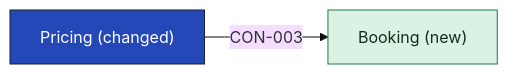
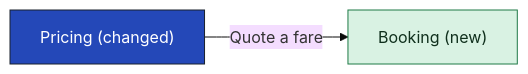
The first of 2 diagrams in examples/unified-booking/05-building-blocks/pricing-building-blocks.md (smalls257/vela), drawn with Mermaid (base theme) before and after one commit. The commit also changed other lines of this file and 56 other files, not shown here.

````diff
--- a/examples/unified-booking/05-building-blocks/pricing-building-blocks.md
+++ b/examples/unified-booking/05-building-blocks/pricing-building-blocks.md
@@ -31,10 +31,10 @@
 ```mermaid
 flowchart LR
   n_APP_booking["Booking (new)"]
   n_APP_pricing["Pricing (changed)"]
-  n_APP_pricing -->|"CON-003"| n_APP_booking
+  n_APP_pricing -->|"Quote a fare"| n_APP_booking
   classDef focus fill:#2448b8,stroke:#19212d,color:#ffffff
   classDef new fill:#d9f2e3,stroke:#1e7a46,color:#10301d
   class n_APP_pricing focus
   class n_APP_booking new
 ```
````
